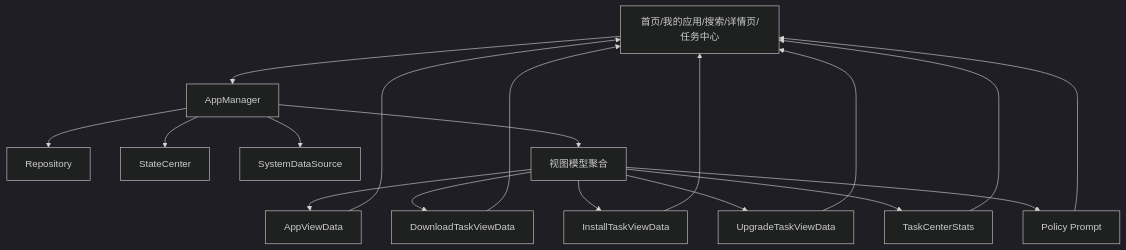
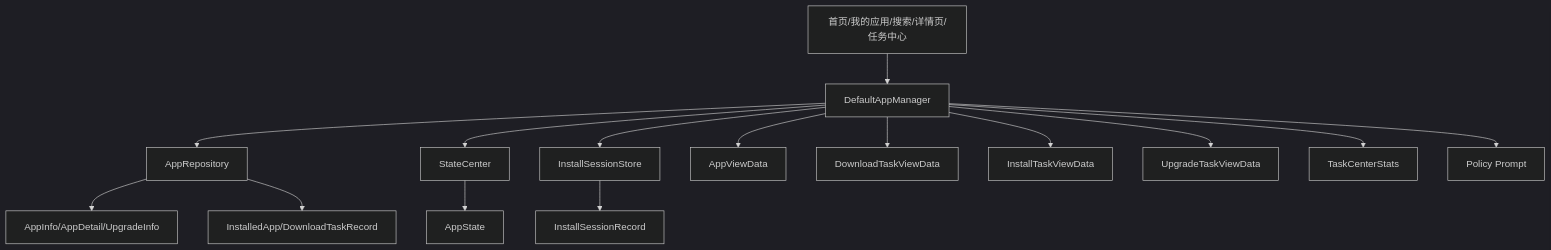
One commit to XZQ/CarAppStore changed the first of 4 diagrams in docs/14-应用管理模块架构与流程.md. Above: the diagram before and after it, drawn with Mermaid (dark theme). The commit also changed other lines of this file and 35 other files, not shown here.

Commit message:
Docs: reorganize architecture docs and handoff guide

````diff
--- a/docs/14-应用管理模块架构与流程.md
+++ b/docs/14-应用管理模块架构与流程.md
@@ -27,24 +34,21 @@
 ```mermaid
 flowchart TD
 
-UI[首页/我的应用/搜索/详情页/任务中心] --> AM[AppManager]
+UI[首页/我的应用/搜索/详情页/任务中心] --> AM[DefaultAppManager]
 
-AM --> REPO[Repository]
+AM --> REPO[AppRepository]
 AM --> SC[StateCenter]
-AM --> SYS[SystemDataSource]
-AM --> FORMAT[视图模型聚合]
+AM --> ISS[InstallSessionStore]
 
-FORMAT --> APPVIEW[AppViewData]
-FORMAT --> DTV[DownloadTaskViewData]
-FORMAT --> ITV[InstallTaskViewData]
-FORMAT --> UTV[UpgradeTaskViewData]
-FORMAT --> STATS[TaskCenterStats]
-FORMAT --> POLICY[Policy Prompt]
+REPO --> REMOTE[AppInfo/AppDetail/UpgradeInfo]
+REPO --> LOCAL[InstalledApp/DownloadTaskRecord]
+SC --> APPSTATE[AppState]
+ISS --> SESSION[InstallSessionRecord]
 
-APPVIEW --> UI
-DTV --> UI
-ITV --> UI
-UTV --> UI
-STATS --> UI
-POLICY --> UI
+AM --> APPVIEW[AppViewData]
+AM --> DTV[DownloadTaskViewData]
+AM --> ITV[InstallTaskViewData]
+AM --> UTV[UpgradeTaskViewData]
+AM --> STATS[TaskCenterStats]
+AM --> PROMPT[Policy Prompt]
 ```
````
